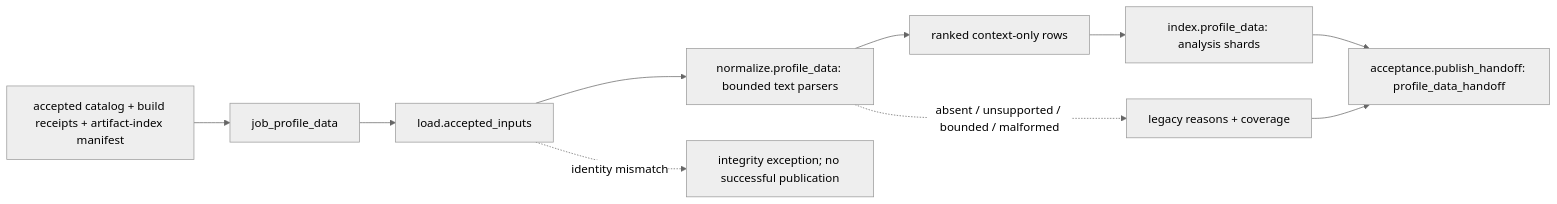
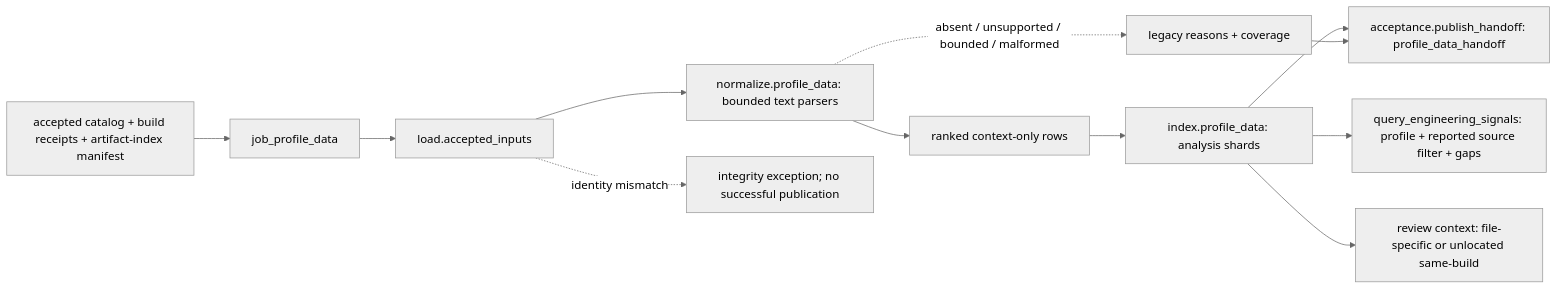
One commit to wsollers/appsec-review changed the second of 2 diagrams in docs/operations/job_profile_data.md. Above: the diagram before and after it, drawn with Mermaid (neutral theme). The commit also changed other lines of this file and 10 other files, not shown here.

````diff
--- a/docs/operations/job_profile_data.md
+++ b/docs/operations/job_profile_data.md
@@ -247,12 +258,14 @@
 ```mermaid
 flowchart LR
   inputs["accepted catalog + build receipts + artifact-index manifest"] --> job["job_profile_data"]
   job --> load["load.accepted_inputs"]
   load --> normalize["normalize.profile_data: bounded text parsers"]
   normalize --> rows["ranked context-only rows"]
   rows --> index["index.profile_data: analysis shards"]
   index --> publish["acceptance.publish_handoff: profile_data_handoff"]
+  index --> query["query_engineering_signals: profile + reported source filter + gaps"]
+  index --> context["review context: file-specific or unlocated same-build"]
   normalize -. "absent / unsupported / bounded / malformed" .-> gaps["legacy reasons + coverage"]
   gaps --> publish
   load -. "identity mismatch" .-> stop["integrity exception; no successful publication"]
 ```
````
